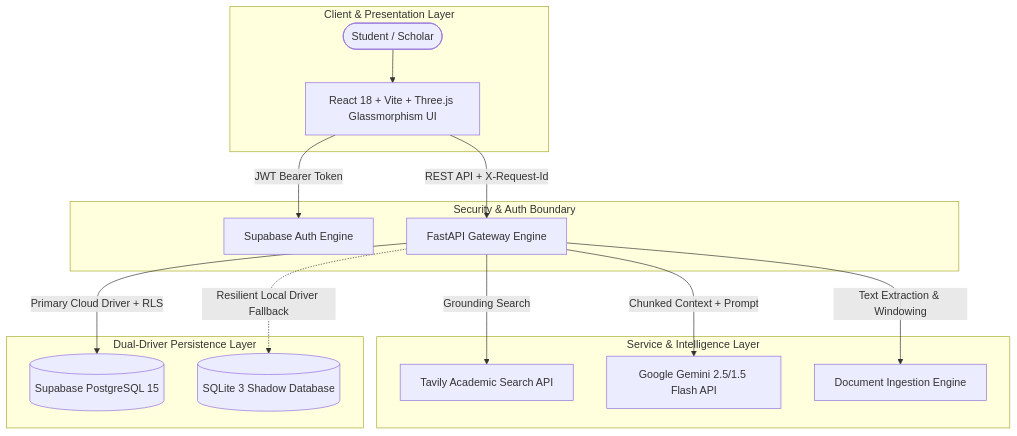
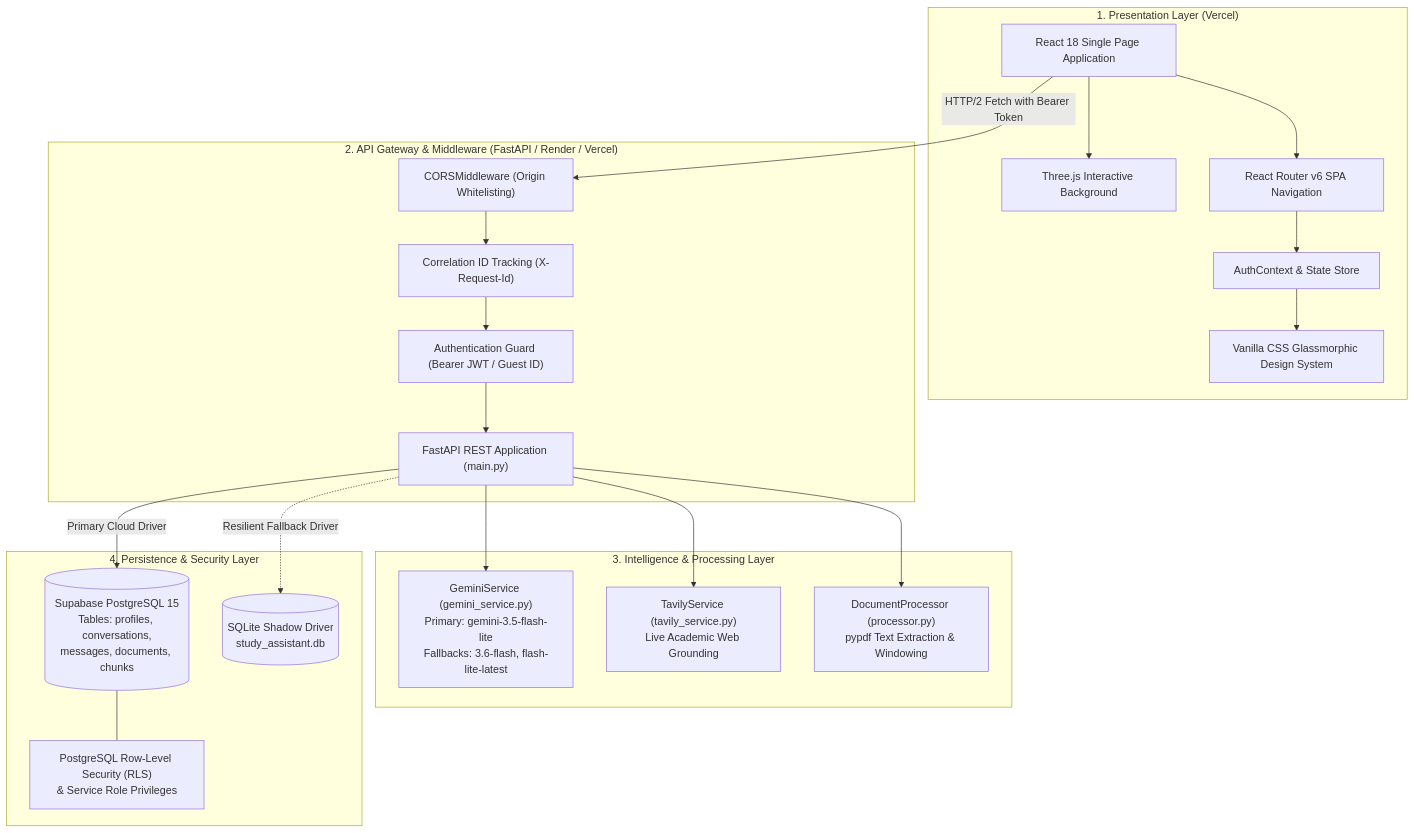
Before and after one commit to Ashish10102006/ai-study-assistant: the third of 7 diagrams in README.md, drawn with Mermaid. The commit also changed other lines of this file, not shown here.

Commit message:
docs: overhaul README with comprehensive user flows, architecture diagrams, and usage guide

````diff
--- a/README.md
+++ b/README.md
@@ -13,22 +224,47 @@
 ```mermaid
-graph TD
-    subgraph ClientLayer [Client & Presentation Layer]
-        User([Student / Scholar]) --> WebApp[React 18 + Vite + Three.js Glassmorphism UI]
+graph TB
+    subgraph PresentationLayer ["1. Presentation Layer (Vercel)"]
+        ReactApp["React 18 Single Page Application"]
+        ThreeCanvas["Three.js Interactive Background"]
+        Styles["Vanilla CSS Glassmorphic Design System"]
+        Router["React Router v6 SPA Navigation"]
+        Contexts["AuthContext & State Store"]
     end
 
-    subgraph SecurityBoundary [Security & Auth Boundary]
-        WebApp -->|JWT Bearer Token| SupabaseAuth[Supabase Auth Engine]
-        WebApp -->|REST API + X-Request-Id| APIGateway[FastAPI Gateway Engine]
+    subgraph GatewayLayer ["2. API Gateway & Middleware (FastAPI / Render / Vercel)"]
+        FastAPIApp["FastAPI REST Application (main.py)"]
+        CORSMiddleware["CORSMiddleware (Origin Whitelisting)"]
+        CorrelationMW["Correlation ID Tracking (X-Request-Id)"]
+        AuthMW["Authentication Guard (Bearer JWT / Guest ID)"]
     end
 
-    subgraph ServiceLayer [Service & Intelligence Layer]
-        APIGateway -->|Grounding Search| TavilyService[Tavily Academic Search API]
-        APIGateway -->|Chunked Context + Prompt| GeminiService[Google Gemini 2.5/1.5 Flash API]
-        APIGateway -->|Text Extraction & Windowing| DocProcessor[Document Ingestion Engine]
+    subgraph ServiceLayer ["3. Intelligence & Processing Layer"]
+        GeminiSvc["GeminiService (gemini_service.py)\nPrimary: gemini-3.5-flash-lite\nFallbacks: 3.6-flash, flash-lite-latest"]
+        TavilySvc["TavilyService (tavily_service.py)\nLive Academic Web Grounding"]
+        DocProcSvc["DocumentProcessor (processor.py)\npypdf Text Extraction & Windowing"]
     end
 
-    subgraph PersistenceLayer [Dual-Driver Persistence Layer]
-        APIGateway -->|Primary Cloud Driver + RLS| SupabaseDB[(Supabase PostgreSQL 15)]
-        APIGateway -.->|Resilient Local Driver Fallback| LocalDB[(SQLite 3 Shadow Database)]
+    subgraph DatabaseLayer ["4. Persistence & Security Layer"]
+        SupabasePostgres[(Supabase PostgreSQL 15\nTables: profiles, conversations,\nmessages, documents, chunks)]
+        RLSPolicies["PostgreSQL Row-Level Security (RLS)\n& Service Role Privileges"]
+        LocalSQLite[(SQLite Shadow Driver\nstudy_assistant.db)]
     end
+
+    ReactApp --> Router
+    Router --> Contexts
+    Contexts --> Styles
+    ReactApp --> ThreeCanvas
+    ReactApp -->|HTTP/2 Fetch with Bearer Token| CORSMiddleware
+    
+    CORSMiddleware --> CorrelationMW
+    CorrelationMW --> AuthMW
+    AuthMW --> FastAPIApp
+    
+    FastAPIApp --> GeminiSvc
+    FastAPIApp --> TavilySvc
+    FastAPIApp --> DocProcSvc
+    
+    FastAPIApp -->|Primary Cloud Driver| SupabasePostgres
+    SupabasePostgres --- RLSPolicies
+    FastAPIApp -.->|Resilient Fallback Driver| LocalSQLite
 ```
````
